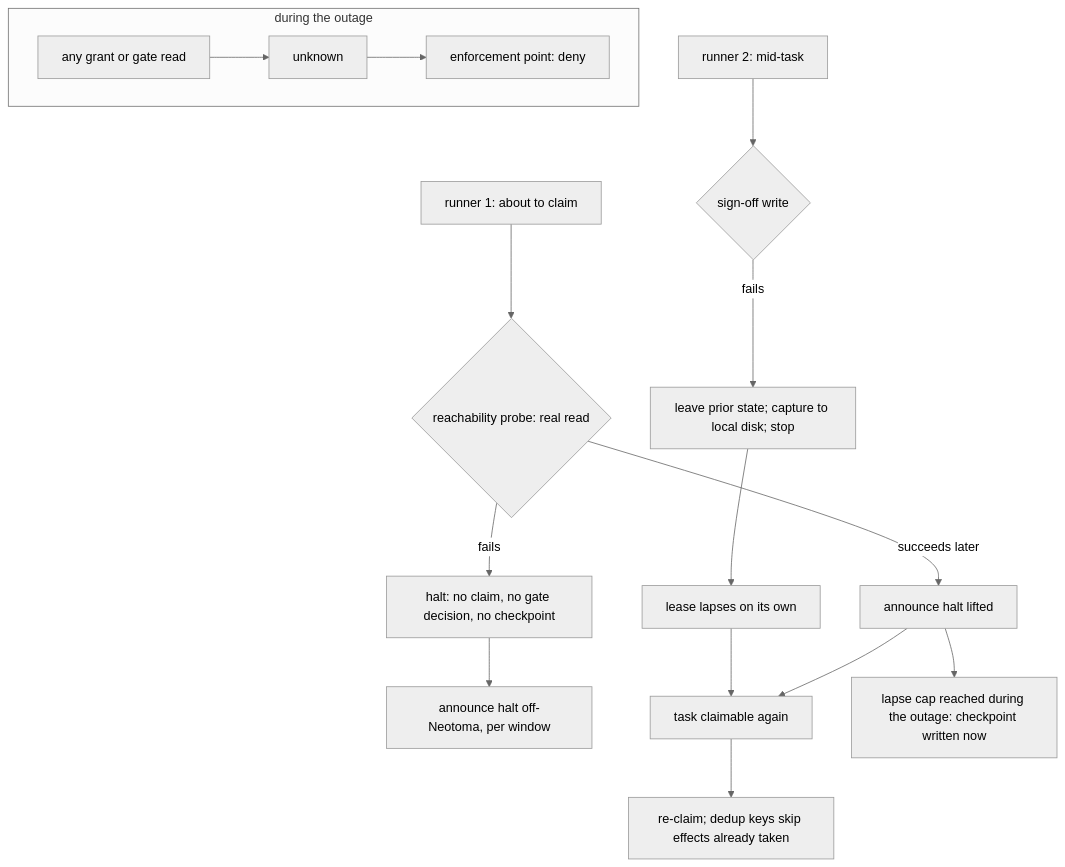
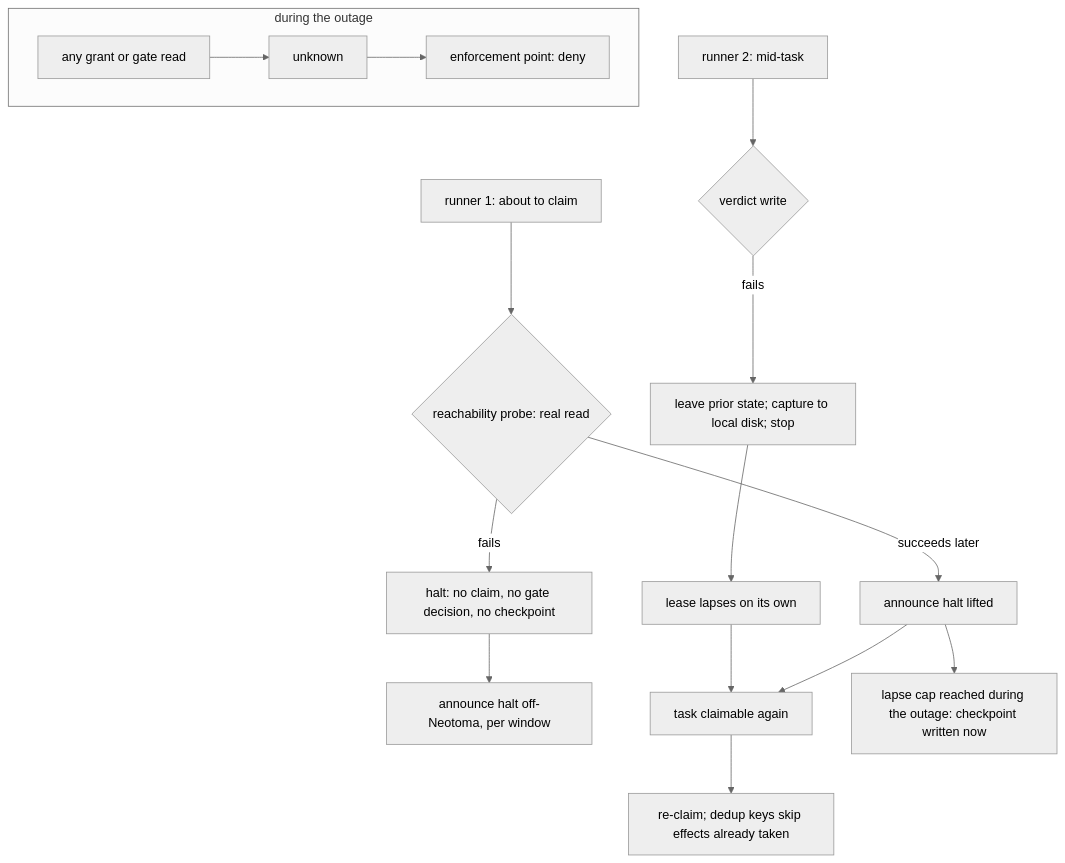
The ninth of 10 diagrams in docs/foundation/scenarios.md (markmhendrickson/ateles), drawn with Mermaid (neutral theme) before and after one commit. The commit also changed other lines of this file and 32 other files, not shown here.

````diff
--- a/docs/foundation/scenarios.md
+++ b/docs/foundation/scenarios.md
@@ -301,18 +301,18 @@
 ```mermaid
 flowchart TD
     R1[runner 1: about to claim] --> P{reachability probe: real read}
     P -->|fails| H[halt: no claim, no gate decision, no checkpoint]
     H --> AN[announce halt off-Neotoma, per window]
-    R2[runner 2: mid-task] --> W{sign-off write}
+    R2[runner 2: mid-task] --> W{verdict write}
     W -->|fails| L[leave prior state; capture to local disk; stop]
     L --> LP[lease lapses on its own]
     P -->|succeeds later| U[announce halt lifted]
     LP --> C[task claimable again]
     U --> C
     U --> CK[lapse cap reached during the outage: checkpoint written now]
     C --> RC[re-claim; dedup keys skip effects already taken]
     subgraph during the outage
         Q[any grant or gate read] --> UN[unknown]
         UN --> DN[enforcement point: deny]
     end
 ```
````
